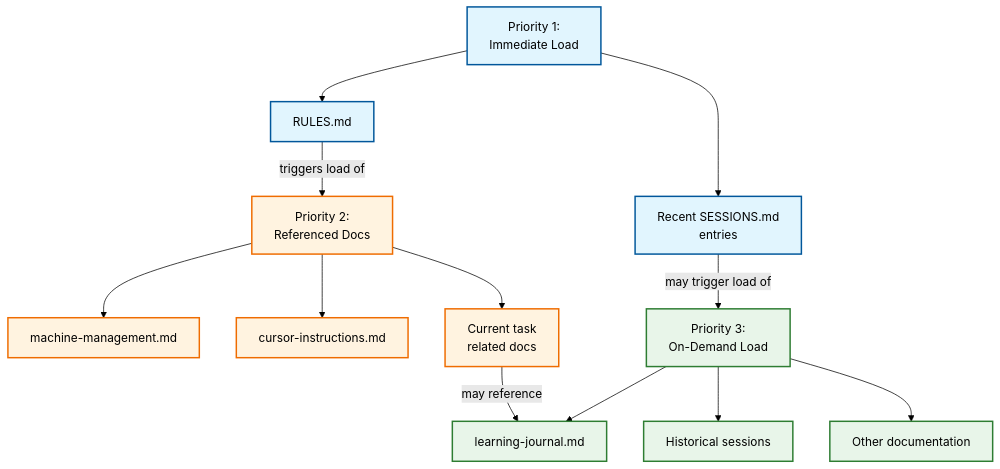
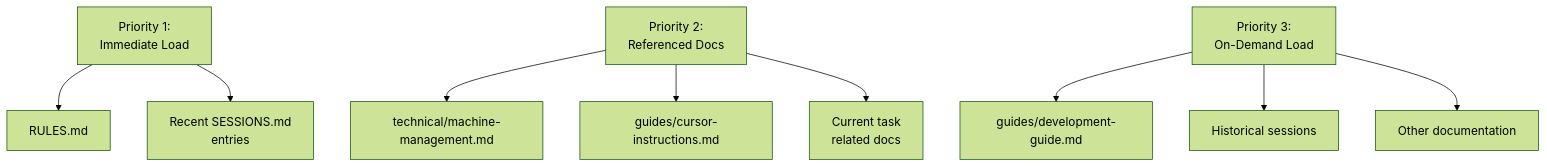
Before and after one commit to ronanchris/interactive-node-network: the third of 3 diagrams in docs/guides/coach-michael-stolarz-guide.md, drawn with Mermaid (forest theme). The commit also changed other lines of this file, not shown here.

Commit message:
docs: update coach guide with correct references

````diff
--- a/docs/guides/coach-michael-stolarz-guide.md
+++ b/docs/guides/coach-michael-stolarz-guide.md
@@ -238,28 +236,17 @@
 ```mermaid
 graph TD
     %% Priority Levels
     P1[Priority 1:<br>Immediate Load] --> RULES[RULES.md]
     P1 --> SESSIONS[Recent SESSIONS.md<br>entries]
     
-    P2[Priority 2:<br>Referenced Docs] --> MACHINE[machine-management.md]
-    P2 --> CURSOR[cursor-instructions.md]
+    P2[Priority 2:<br>Referenced Docs] --> MACHINE[technical/machine-management.md]
+    P2 --> CURSOR[guides/cursor-instructions.md]
     P2 --> CURRENT[Current task<br>related docs]
     
-    P3[Priority 3:<br>On-Demand Load] --> LEARNING[learning-journal.md]
+    P3[Priority 3:<br>On-Demand Load] --> DEV_GUIDE[guides/development-guide.md]
     P3 --> HISTORY[Historical sessions]
     P3 --> OTHER[Other documentation]
     
-    %% Load Triggers
-    RULES --> |triggers load of|P2
-    SESSIONS --> |may trigger load of|P3
-    CURRENT --> |may reference|LEARNING
-    
     %% Styling
     classDef p1 fill:#e1f5fe,stroke:#01579b,stroke-width:2px;
-    classDef p2 fill:#fff3e0,stroke:#ef6c00,stroke-width:2px;
-    classDef p3 fill:#e8f5e9,stroke:#2e7d32,stroke-width:2px;
-    
-    class P1,RULES,SESSIONS p1;
-    class P2,MACHINE,CURSOR,CURRENT p2;
-    class P3,LEARNING,HISTORY,OTHER p3;
 ```
````
